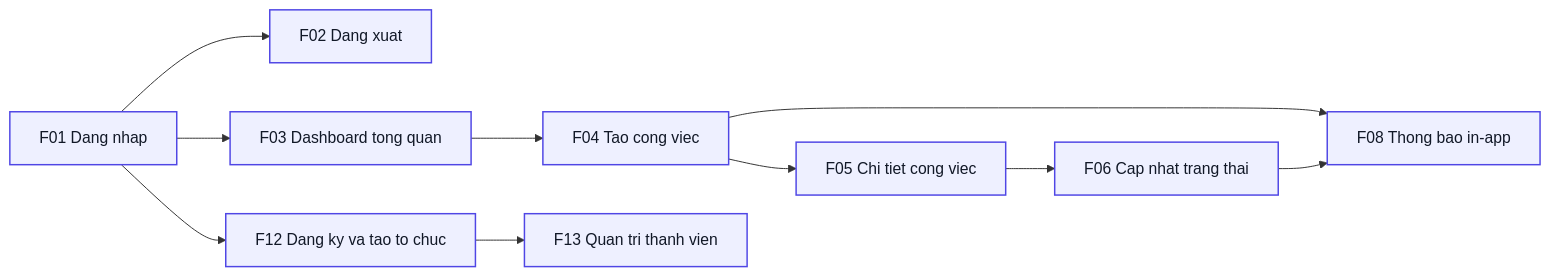
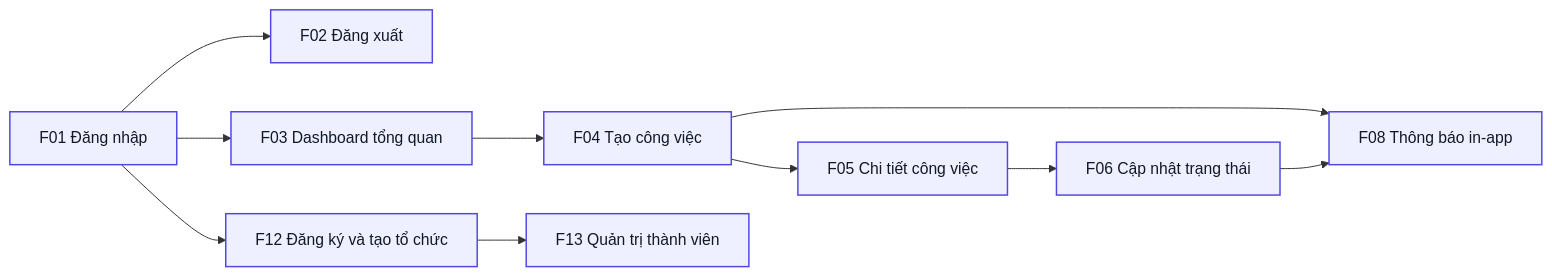
Before and after one commit to nghikc/veriline: the second of 2 diagrams in example/docs/Ho-so/releases/phase-1.md, drawn with Mermaid. The commit also changed other lines of this file and 77 other files, not shown here.

Commit message:
feat(release): dong bo tu repo phat trien — goi Advance, bang chuyen trang thai, check-flow/check-state, gantt, nguon Figma, prototype, tang anh ac-audit-web (xuat tu ceeeac7)

````diff
--- a/example/docs/Ho-so/releases/phase-1.md
+++ b/example/docs/Ho-so/releases/phase-1.md
@@ -69,24 +70,24 @@
 ```mermaid
 flowchart LR
-    F01["F01 Dang nhap"]:::now
-    F02["F02 Dang xuat"]:::now
-    F12["F12 Dang ky va tao to chuc"]:::now
-    F03["F03 Dashboard tong quan"]:::now
-    F04["F04 Tao cong viec"]:::now
-    F05["F05 Chi tiet cong viec"]:::now
-    F06["F06 Cap nhat trang thai"]:::now
-    F08["F08 Thong bao in-app"]:::now
-    F13["F13 Quan tri thanh vien"]:::now
+    F01["F01 Đăng nhập"]:::now
+    F02["F02 Đăng xuất"]:::now
+    F12["F12 Đăng ký và tạo tổ chức"]:::now
+    F03["F03 Dashboard tổng quan"]:::now
+    F04["F04 Tạo công việc"]:::now
+    F05["F05 Chi tiết công việc"]:::now
+    F06["F06 Cập nhật trạng thái"]:::now
+    F08["F08 Thông báo in-app"]:::now
+    F13["F13 Quản trị thành viên"]:::now
 
     F01 --> F12
     F01 --> F02
     F01 --> F03
     F03 --> F04
     F04 --> F05
     F05 --> F06
     F04 --> F08
     F06 --> F08
     F12 --> F13
 
     classDef now fill:#EEF0FF,stroke:#4F46E5,stroke-width:1.5px,color:#111827
 ```
````
